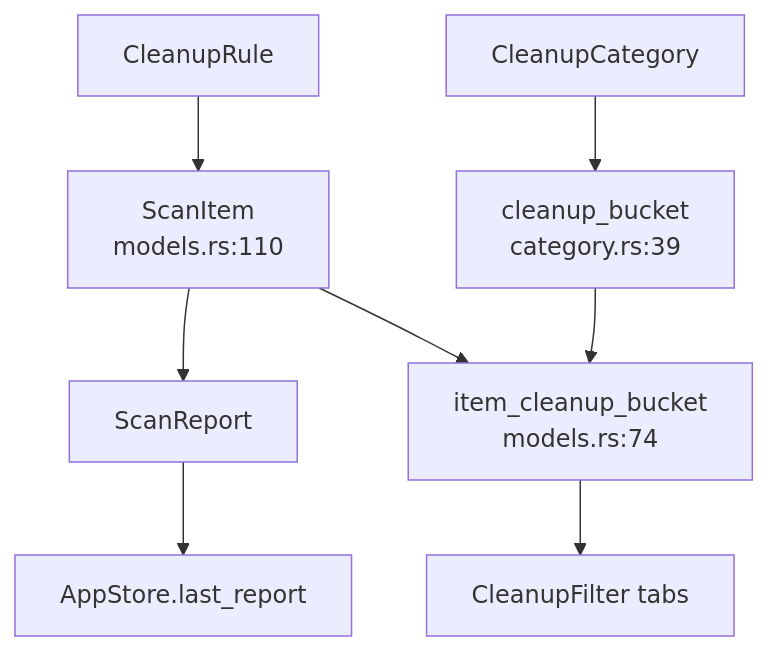
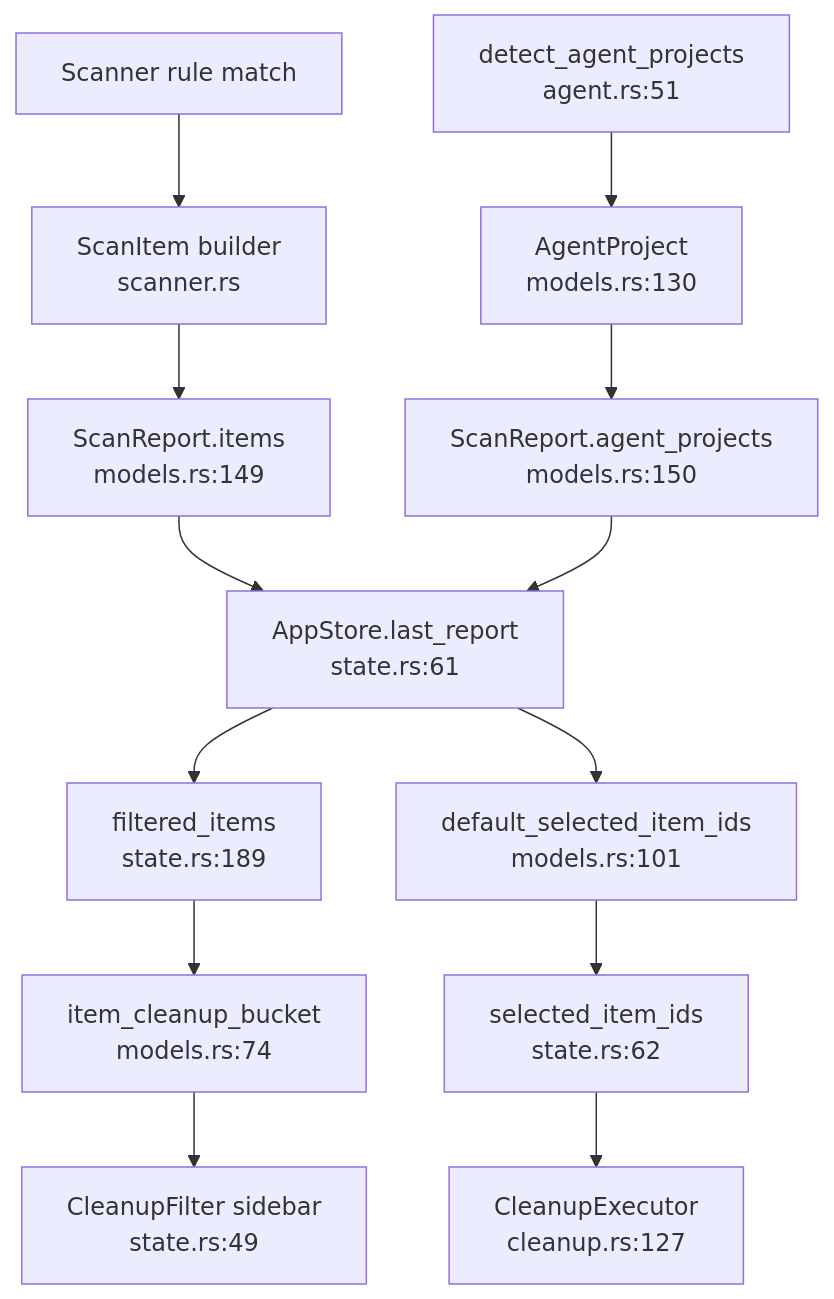
Before and after one commit to sopaco/CLV3000-Plus: the diagram in .terrain/human/4.Deep-Exploration/models.md, drawn with Mermaid. The commit also changed other lines of this file and 14 other files, not shown here.

````diff
--- a/.terrain/human/4.Deep-Exploration/models.md
+++ b/.terrain/human/4.Deep-Exploration/models.md
@@ -48,10 +53,15 @@
 ```mermaid
 flowchart TD
-    A["CleanupRule"] --> B["ScanItem<br/>models.rs:110"]
-    B --> C["ScanReport"]
-    C --> D["AppStore.last_report"]
-    B --> E["item_cleanup_bucket<br/>models.rs:74"]
-    E --> F["CleanupFilter tabs"]
-    G["CleanupCategory"] --> H["cleanup_bucket<br/>category.rs:39"]
-    H --> E
+    A["Scanner rule match"] --> B["ScanItem builder<br/>scanner.rs"]
+    B --> C["ScanReport.items<br/>models.rs:149"]
+    D["detect_agent_projects<br/>agent.rs:51"] --> E["AgentProject<br/>models.rs:130"]
+    E --> F["ScanReport.agent_projects<br/>models.rs:150"]
+    C --> G["AppStore.last_report<br/>state.rs:61"]
+    F --> G
+    G --> H["filtered_items<br/>state.rs:189"]
+    H --> I["item_cleanup_bucket<br/>models.rs:74"]
+    I --> J["CleanupFilter sidebar<br/>state.rs:49"]
+    G --> K["default_selected_item_ids<br/>models.rs:101"]
+    K --> L["selected_item_ids<br/>state.rs:62"]
+    L --> M["CleanupExecutor<br/>cleanup.rs:127"]
 ```
````
